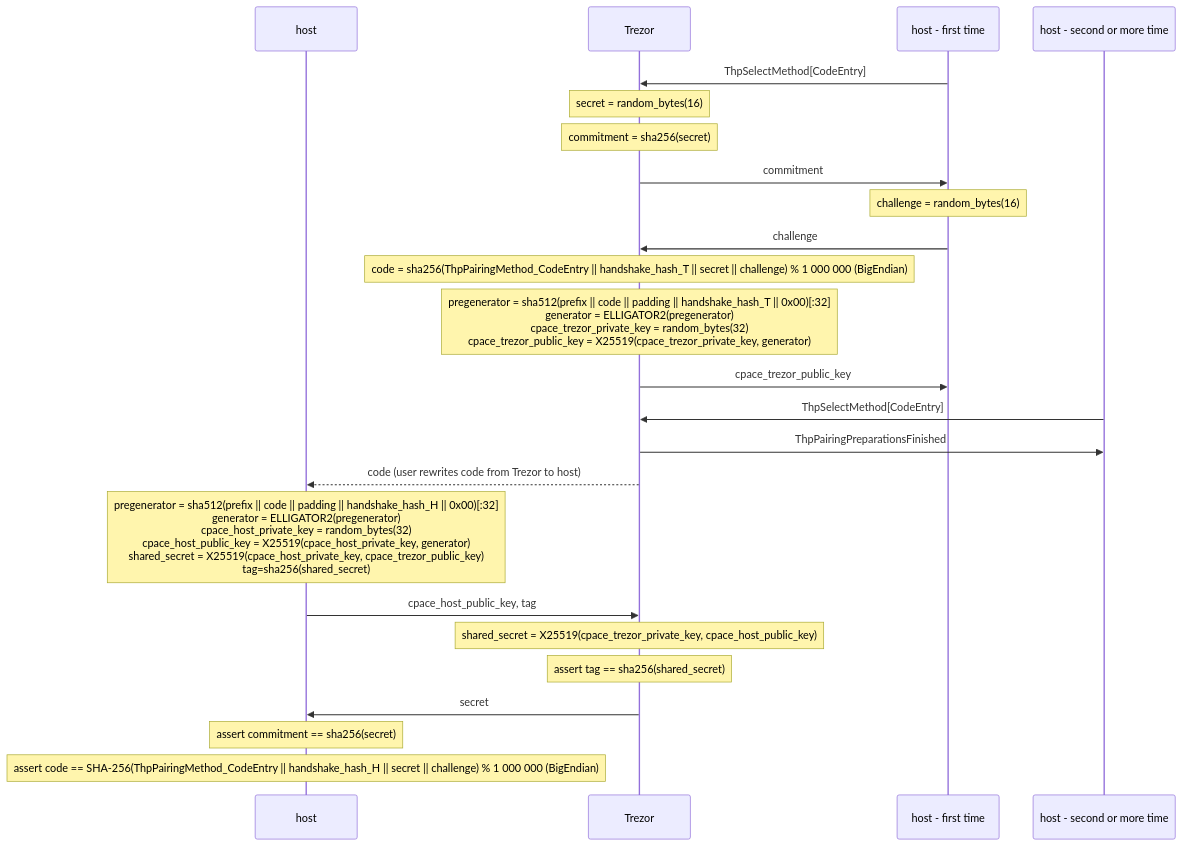
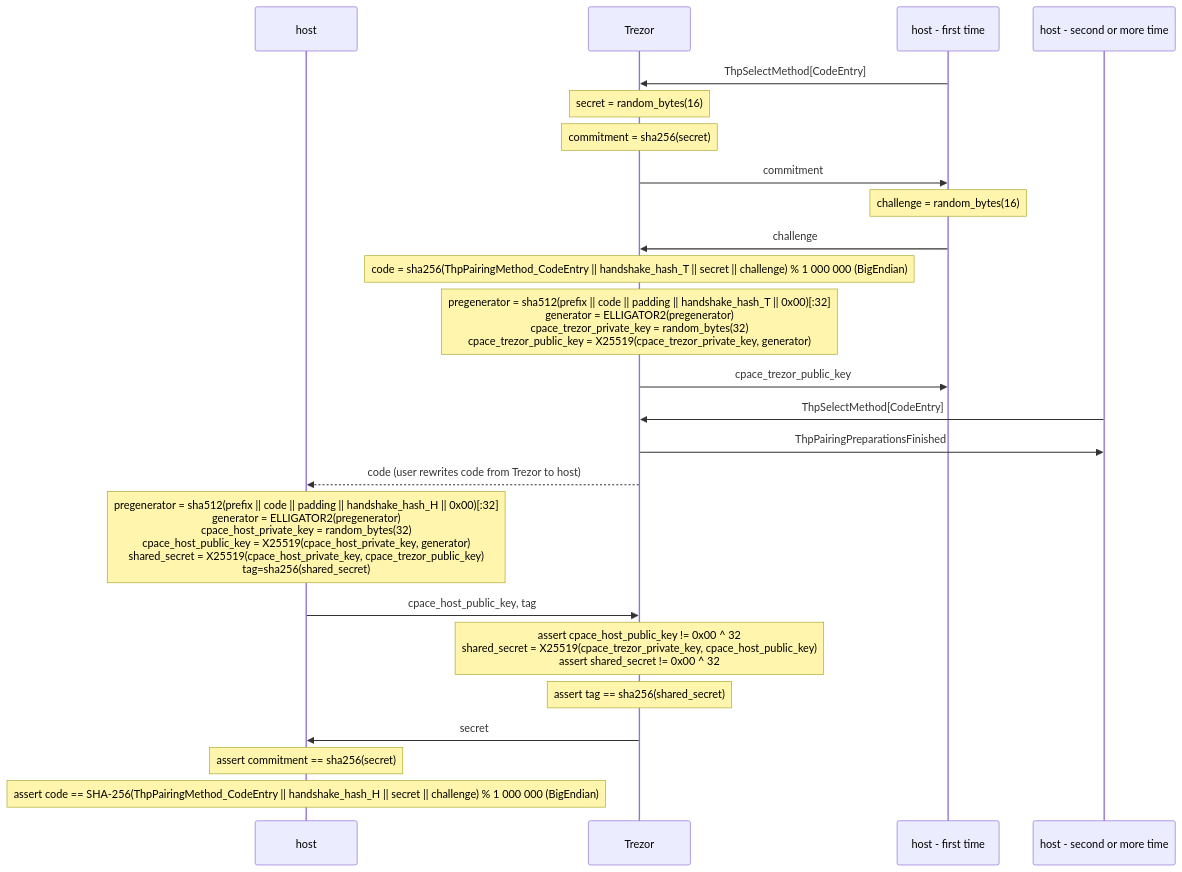
One commit to trezor/trezor-firmware changed diagram 13 of 15 in docs/common/thp/specification.md. Above: the diagram before and after it, drawn with Mermaid. The commit also changed other lines of this file, not shown here.

````diff
--- a/docs/common/thp/specification.md
+++ b/docs/common/thp/specification.md
@@ -1134,27 +1136,27 @@
 ```mermaid
 sequenceDiagram
   participant host
   participant Trezor
   participant host - first time
   participant host - second or more time
 
   host - first time ->> Trezor: ThpSelectMethod[CodeEntry]
   note over Trezor: secret = random_bytes(16)
   note over Trezor: commitment = sha256(secret)
   Trezor ->> host - first time: commitment
   note over host - first time: challenge = random_bytes(16)
   host - first time ->> Trezor: challenge
   note over Trezor: code = sha256(ThpPairingMethod_CodeEntry || handshake_hash_T || secret || challenge) % 1 000 000 (BigEndian)
   note over Trezor: pregenerator = sha512(prefix || code || padding || handshake_hash_T || 0x00)[:32]<br>generator = ELLIGATOR2(pregenerator)<br>cpace_trezor_private_key = random_bytes(32)<br>cpace_trezor_public_key = X25519(cpace_trezor_private_key, generator)
   Trezor ->> host - first time: cpace_trezor_public_key
   host - second or more time ->> Trezor: ThpSelectMethod[CodeEntry]
   Trezor ->> host - second or more time: ThpPairingPreparationsFinished
   Trezor -->> host: code (user rewrites code from Trezor to host)
   note over host: pregenerator = sha512(prefix || code || padding || handshake_hash_H || 0x00)[:32]<br>generator = ELLIGATOR2(pregenerator)<br>cpace_host_private_key = random_bytes(32)<br>cpace_host_public_key = X25519(cpace_host_private_key, generator)<br>shared_secret = X25519(cpace_host_private_key, cpace_trezor_public_key)<br>tag=sha256(shared_secret)
   host ->> Trezor: cpace_host_public_key, tag
-  note over Trezor: shared_secret = X25519(cpace_trezor_private_key, cpace_host_public_key)
+  note over Trezor: assert cpace_host_public_key != 0x00 ^ 32<br>shared_secret = X25519(cpace_trezor_private_key, cpace_host_public_key)<br>assert shared_secret != 0x00 ^ 32
   note over Trezor: assert tag == sha256(shared_secret)
   Trezor ->> host: secret
   note over host: assert commitment == sha256(secret)
   note over host: assert code == SHA-256(ThpPairingMethod_CodeEntry || handshake_hash_H || secret || challenge) % 1 000 000 (BigEndian)
 ```
````
